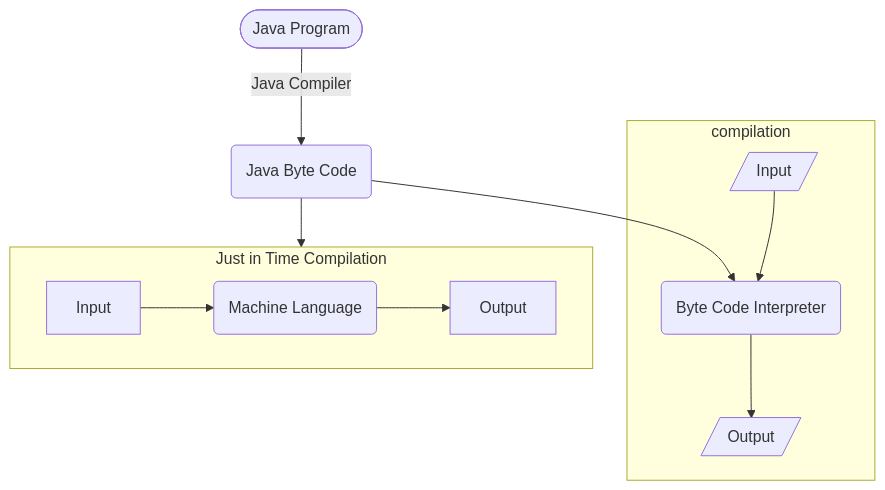
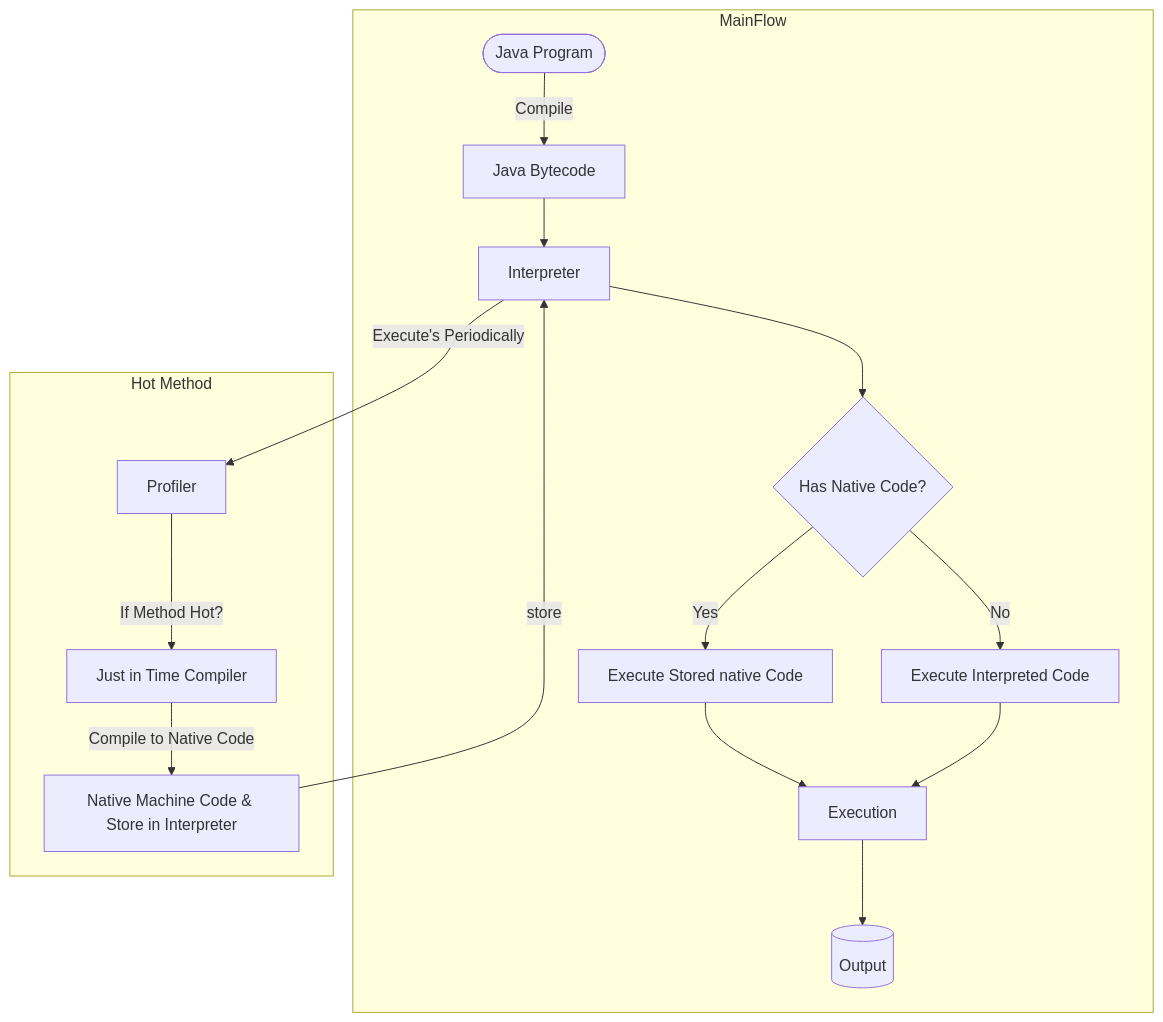
Before and after one commit to Abdur-Rahim-sheikh/epic: the fourth of 4 diagrams in APL/compilers.md, drawn with Mermaid. The commit also changed other lines of this file, not shown here.

Commit message:
updated JIT

````diff
--- a/APL/compilers.md
+++ b/APL/compilers.md
@@ -50,15 +59,21 @@
 ```mermaid
-flowchart TD;
-    java([Java Program]) -- Java Compiler --> byte(Java Byte Code);
-    byte --> BI(Byte Code Interpreter);
-    subgraph compilation;
-        I[/Input/] --> BI;
-        BI --> O[/Output/]
-    end
-    subgraph JIT[Just in Time Compilation];
-        direction LR;
-        Input --> ML(Machine Language)
-        ML --> Output
-    end
-    byte --> ML
+flowchart TB;
+
+subgraph MainFlow
+    java([Java Program]) -- Compile --> bytecode[Java Bytecode];
+    bytecode --> Interpreter;
+    Interpreter --> ExecDecision{Has Native Code?};
+    ExecDecision -- Yes --> ExecuteCompiled[Execute Stored native Code];
+    ExecDecision -- No --> ExecuteInterpreted[Execute Interpreted Code];
+    ExecuteCompiled & ExecuteInterpreted --> Execution;
+    Execution --> Output[(Output)];
+end
+
+subgraph HotMethod[Hot Method]
+    Profiler -- "If Method Hot?" --> JIT[Just in Time Compiler];
+    JIT -- "Compile to Native Code" --> NativeCode[Native Machine Code & Store in Interpreter];
+end
+
+Interpreter -- Execute's Periodically --> Profiler;
+NativeCode --store --> Interpreter;
 ```
````
